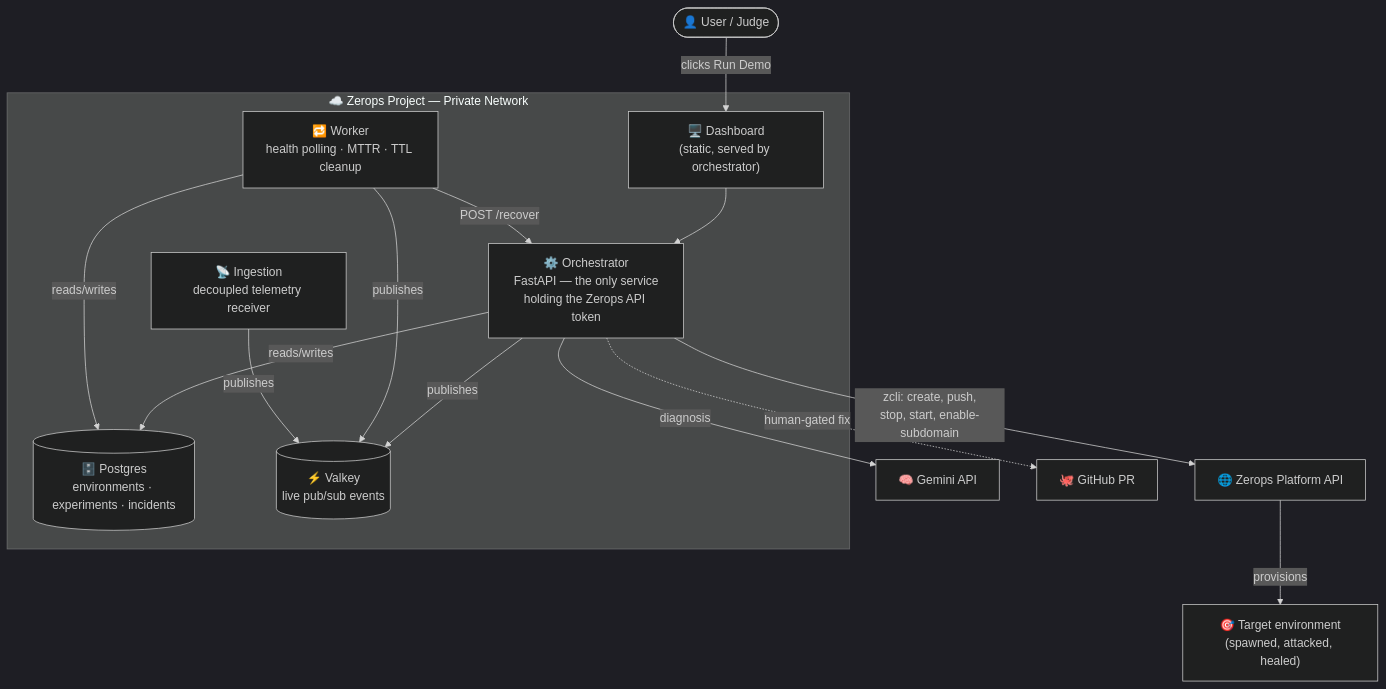
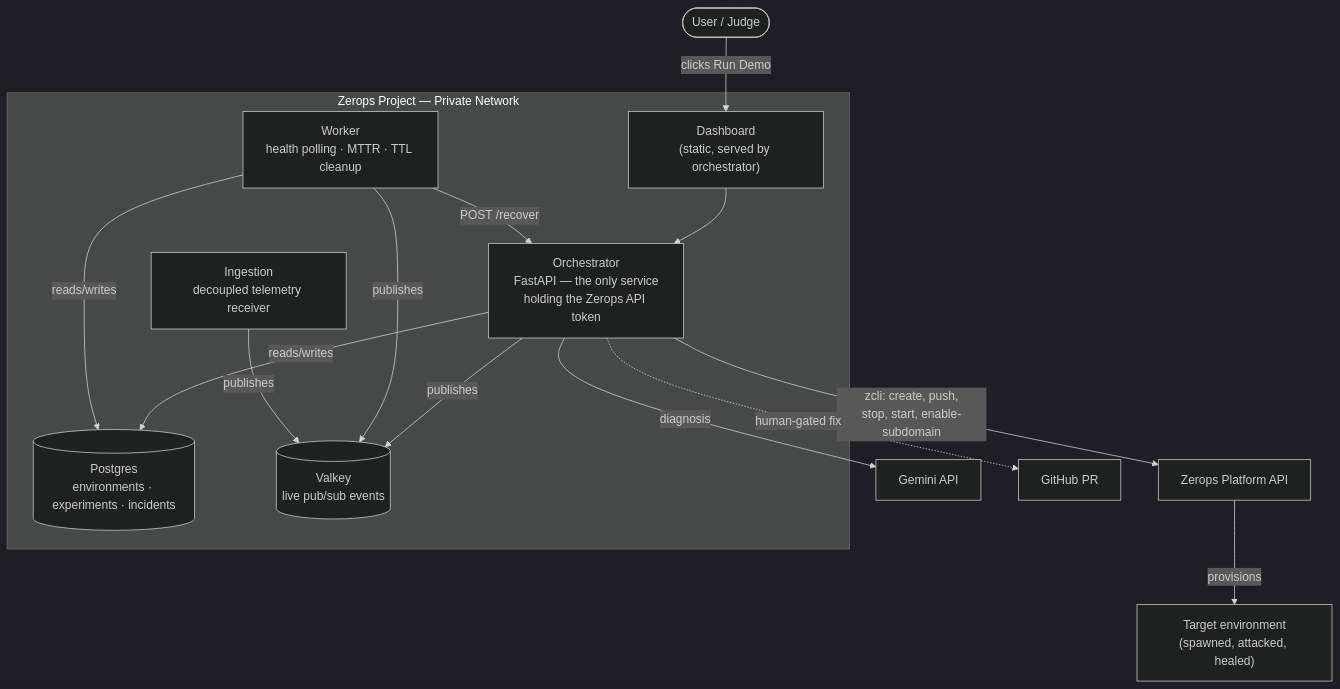
One commit to siddarth709/ChronicleOps changed the diagram in README.md. Above: the diagram before and after it, drawn with Mermaid (dark theme). The commit also changed other lines of this file and 2 other files, not shown here.

Commit message:
Add explicit port 8080 configuration to service-import and enable subdomain

````diff
--- a/README.md
+++ b/README.md
@@ -24,26 +24,26 @@
 ```mermaid
 flowchart TB
-    User(["👤 User / Judge"]) -->|"clicks Run Demo"| Dashboard
+    User(["User / Judge"]) -->|"clicks Run Demo"| Dashboard
 
-    subgraph Zerops["☁️ Zerops Project — Private Network"]
-        Dashboard["🖥️ Dashboard<br/>(static, served by orchestrator)"]
-        Orchestrator["⚙️ Orchestrator<br/>FastAPI — the only service<br/>holding the Zerops API token"]
-        Worker["🔁 Worker<br/>health polling · MTTR · TTL cleanup"]
-        Ingestion["📡 Ingestion<br/>decoupled telemetry receiver"]
-        Postgres[("🗄️ Postgres<br/>environments · experiments · incidents")]
-        Valkey[("⚡ Valkey<br/>live pub/sub events")]
+    subgraph Zerops["Zerops Project — Private Network"]
+        Dashboard["Dashboard<br/>(static, served by orchestrator)"]
+        Orchestrator["Orchestrator<br/>FastAPI — the only service<br/>holding the Zerops API token"]
+        Worker["Worker<br/>health polling · MTTR · TTL cleanup"]
+        Ingestion["Ingestion<br/>decoupled telemetry receiver"]
+        Postgres[("Postgres<br/>environments · experiments · incidents")]
+        Valkey[("Valkey<br/>live pub/sub events")]
 
         Dashboard --> Orchestrator
         Orchestrator -->|reads/writes| Postgres
         Orchestrator -->|publishes| Valkey
         Worker -->|reads/writes| Postgres
         Worker -->|publishes| Valkey
         Worker -->|"POST /recover"| Orchestrator
         Ingestion -->|publishes| Valkey
     end
 
-    Orchestrator -->|"zcli: create, push,<br/>stop, start, enable-subdomain"| ZeropsAPI["🌐 Zerops Platform API"]
-    ZeropsAPI -->|provisions| Target["🎯 Target environment<br/>(spawned, attacked, healed)"]
-    Orchestrator -->|diagnosis| LLM["🧠 Gemini API"]
-    Orchestrator -.->|"human-gated fix"| GitHub["🐙 GitHub PR"]
+    Orchestrator -->|"zcli: create, push,<br/>stop, start, enable-subdomain"| ZeropsAPI["Zerops Platform API"]
+    ZeropsAPI -->|provisions| Target["Target environment<br/>(spawned, attacked, healed)"]
+    Orchestrator -->|diagnosis| LLM["Gemini API"]
+    Orchestrator -.->|"human-gated fix"| GitHub["GitHub PR"]
 ```
````
